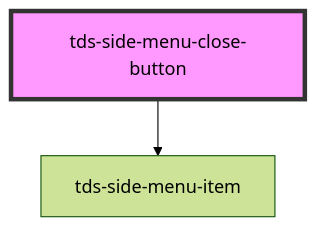
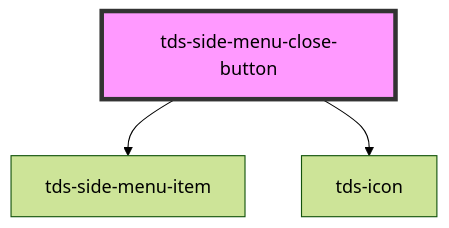
Before and after one commit to scania-digital-design-system/tegel: the diagram in packages/core/src/components/side-menu/side-menu-close-button/readme.md, drawn with Mermaid (forest theme). The commit also changed other lines of this file and 9 other files, not shown here.

Commit message:
fix(side-menu): improvements and bug fixes

````diff
--- a/packages/core/src/components/side-menu/side-menu-close-button/readme.md
+++ b/packages/core/src/components/side-menu/side-menu-close-button/readme.md
@@ -15,5 +16,6 @@
 ```mermaid
 graph TD;
   tds-side-menu-close-button --> tds-side-menu-item
+  tds-side-menu-close-button --> tds-icon
   style tds-side-menu-close-button fill:#f9f,stroke:#333,stroke-width:4px
 ```
````
